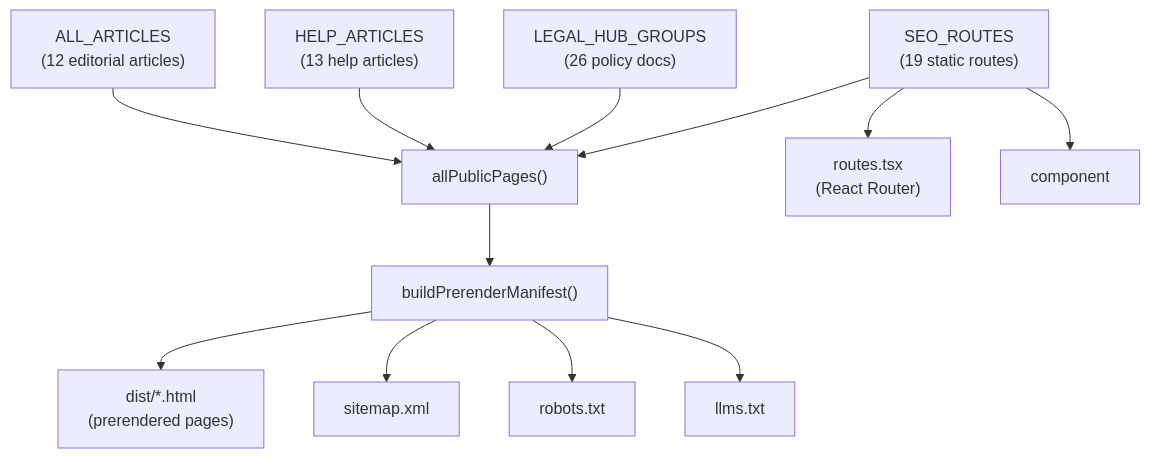
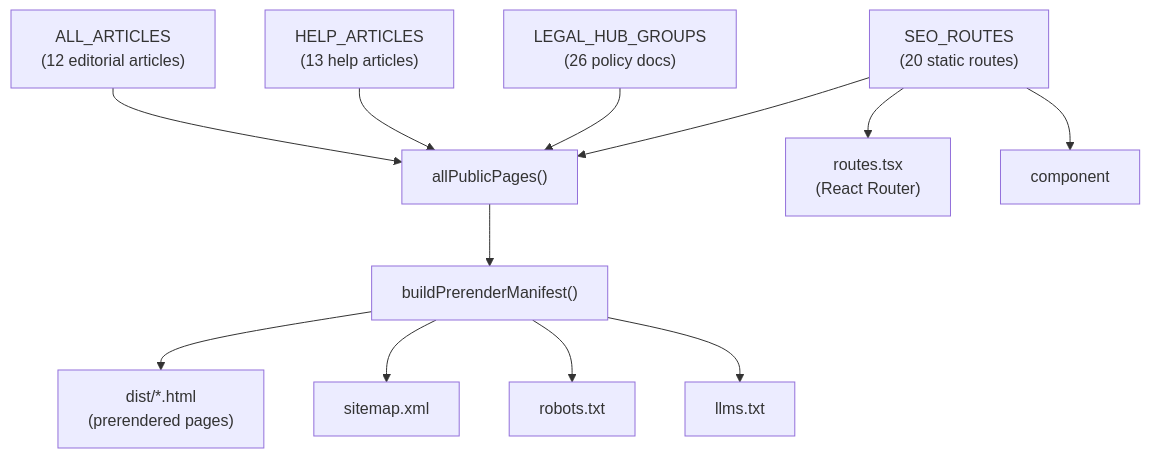
One commit to Dutiva-Canada/Dutiva_Web changed the second of 4 diagrams in docs/wiki/SEO-Prerendering-Content-Marketing.md. Above: the diagram before and after it, drawn with Mermaid. The commit also changed other lines of this file and 590 other files, not shown here.

````diff
--- a/docs/wiki/SEO-Prerendering-Content-Marketing.md
+++ b/docs/wiki/SEO-Prerendering-Content-Marketing.md
@@ -127,27 +128,27 @@
 ```mermaid
 flowchart TD
-    REG["SEO_ROUTES\n(19 static routes)"]
+    REG["SEO_ROUTES\n(20 static routes)"]
     LEGAL["LEGAL_HUB_GROUPS\n(26 policy docs)"]
     HELP["HELP_ARTICLES\n(13 help articles)"]
     ART["ALL_ARTICLES\n(12 editorial articles)"]
     APP["allPublicPages()"]
     MANIFEST["buildPrerenderManifest()"]
     ROUTER["routes.tsx\n(React Router)"]
     SEO_COMP["<Seo> component"]
     SITEMAP["sitemap.xml"]
     ROBOTS["robots.txt"]
     LLMS["llms.txt"]
     HTML["dist/*.html\n(prerendered pages)"]
 
     REG --> APP
     LEGAL --> APP
     HELP --> APP
     ART --> APP
     APP --> MANIFEST
     MANIFEST --> HTML
     MANIFEST --> SITEMAP
     MANIFEST --> ROBOTS
     MANIFEST --> LLMS
     REG --> ROUTER
     REG --> SEO_COMP
 ```
````
